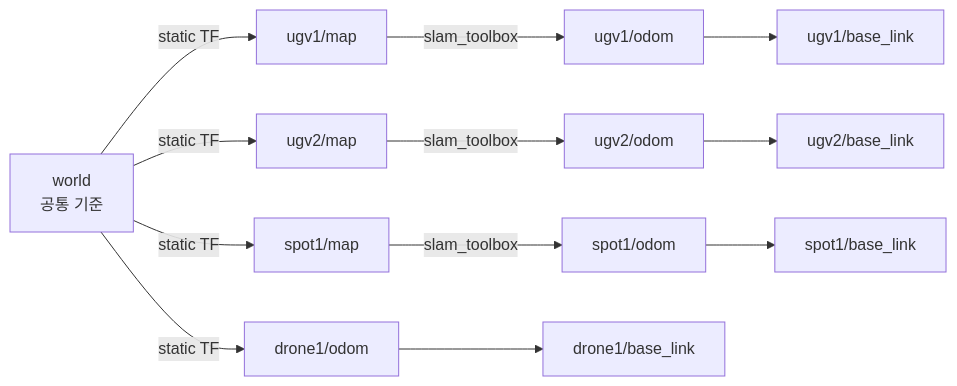
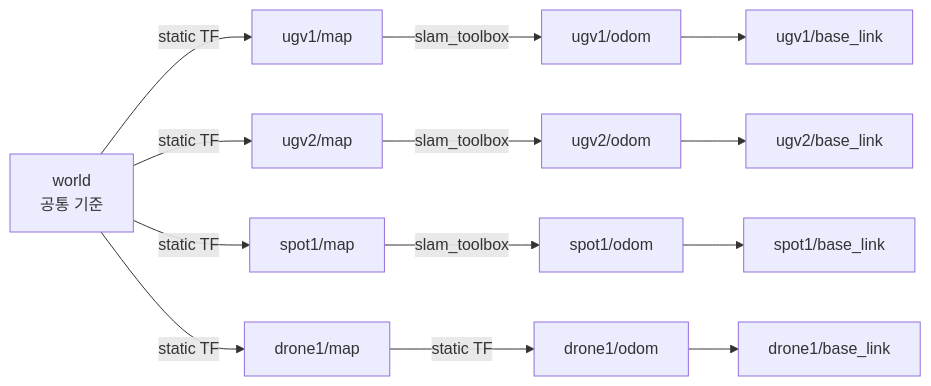
The first of 2 diagrams in MAP_MERGE.md (seo2730/multi_webots), drawn with Mermaid before and after one commit. The commit also changed other lines of this file and 12 other files, not shown here.

````diff
--- a/MAP_MERGE.md
+++ b/MAP_MERGE.md
@@ -100,11 +100,11 @@
 ```mermaid
 graph LR
     W[world<br/>공통 기준] -->|static TF| M1[ugv1/map]
     W -->|static TF| M2[ugv2/map]
     W -->|static TF| M3[spot1/map]
-    W -->|static TF| O4[drone1/odom]
+    W -->|static TF| M4[drone1/map]
     M1 -->|slam_toolbox| O1[ugv1/odom] --> B1[ugv1/base_link]
     M2 -->|slam_toolbox| O2[ugv2/odom] --> B2[ugv2/base_link]
     M3 -->|slam_toolbox| O3[spot1/odom] --> B3[spot1/base_link]
-    O4 --> B4[drone1/base_link]
+    M4 -->|static TF| O4[drone1/odom] --> B4[drone1/base_link]
 ```
````
